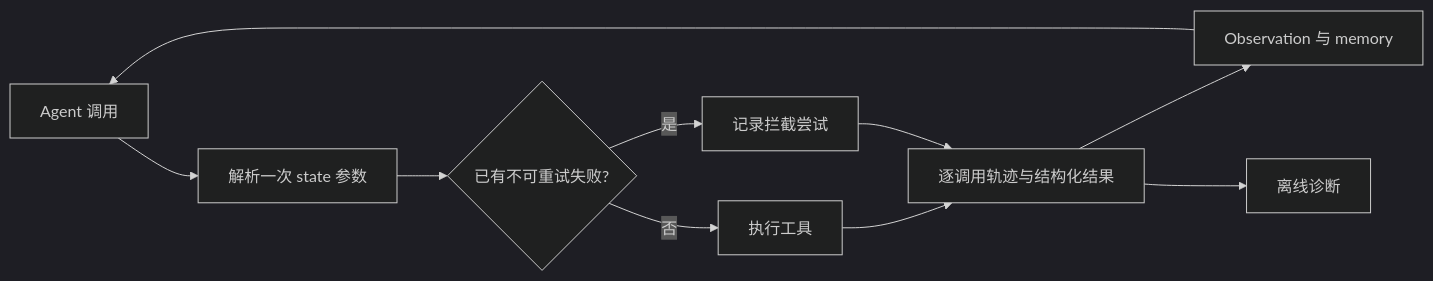
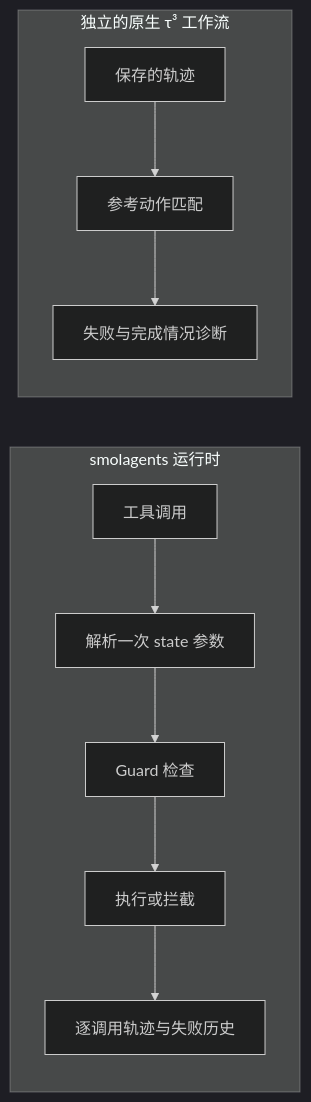
The diagram in README.zh-CN.md (Kk111777/ReliableToolAgent), drawn with Mermaid (dark theme) before and after one commit. The commit also changed other lines of this file and 12 other files, not shown here.

````diff
--- a/README.zh-CN.md
+++ b/README.zh-CN.md
@@ -47,12 +35,13 @@
 ```mermaid
 flowchart LR
-    A[Agent 调用] --> R[解析一次 state 参数]
-    R --> G{已有不可重试失败?}
-    G -->|否| E[执行工具]
-    G -->|是| B[记录拦截尝试]
-    E --> L[逐调用轨迹与结构化结果]
-    B --> L
-    L --> M[Observation 与 memory]
-    M --> A
-    L --> D[离线诊断]
+    subgraph Runtime[smolagents 运行时]
+        A[工具调用] --> B[解析一次 state 参数]
+        B --> C[Guard 检查]
+        C --> D[执行或拦截]
+        D --> E[逐调用轨迹与失败历史]
+    end
+    subgraph Study[独立的原生 τ³ 工作流]
+        F[保存的轨迹] --> G[参考动作匹配]
+        G --> H[失败与完成情况诊断]
+    end
 ```
````
